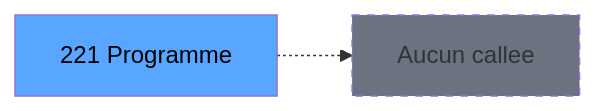
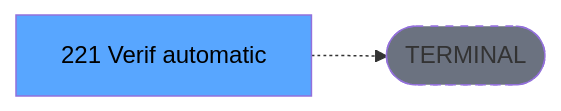
The third of 3 diagrams in .openspec/renders/ADH-IDE-221.md (thonyAGP/lecteur-magic), drawn with Mermaid before and after one commit. The commit also changed other lines of this file and 701 other files, not shown here.

````diff
--- a/.openspec/renders/ADH-IDE-221.md
+++ b/.openspec/renders/ADH-IDE-221.md
@@ -131,8 +135,8 @@
 ```mermaid
 graph LR
-    T[221 Programme]
-    NONE[Aucun callee]
-    T -.-> NONE
+    T[221 Verif automatic]
+    TERM([TERMINAL])
+    T -.-> TERM
+    style TERM fill:#6b7280,stroke-dasharray: 5 5
     style T fill:#58a6ff,color:#000
-    style NONE fill:#6b7280,stroke-dasharray: 5 5
 ```
````
